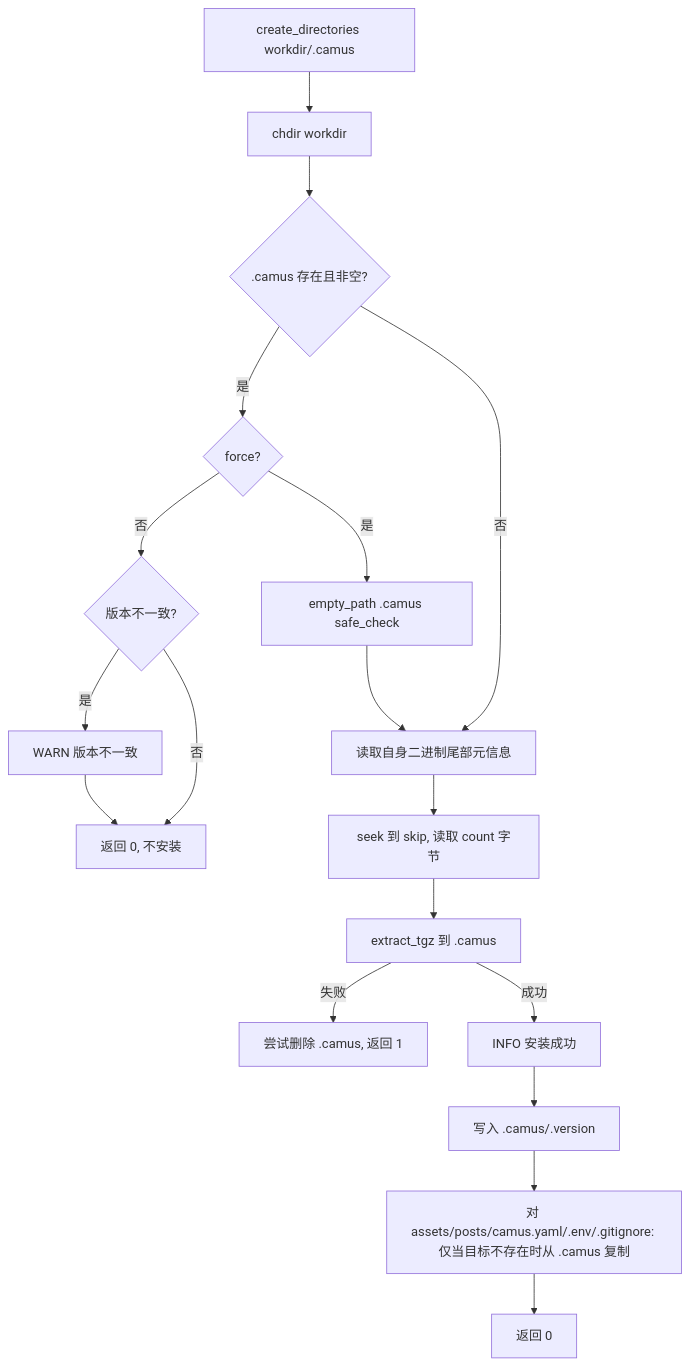
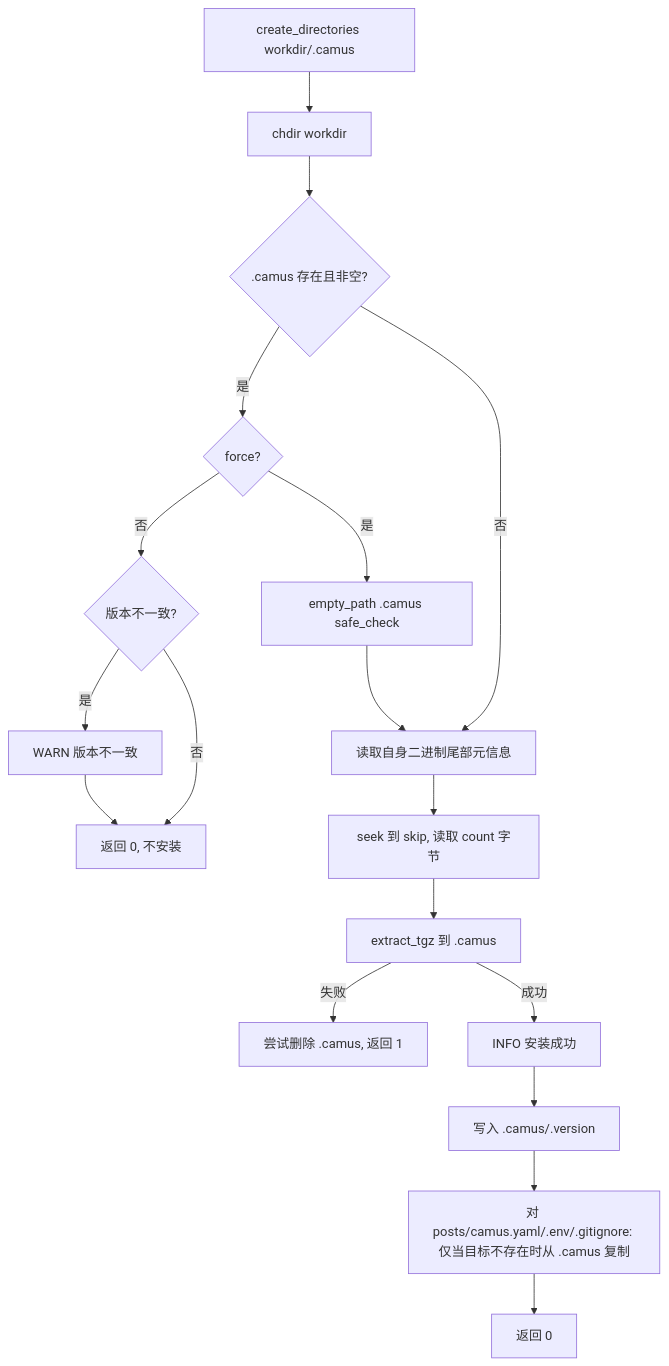
The diagram in docs/prd/08-template-install.md (o8x/camus), drawn with Mermaid before and after one commit. The commit also changed other lines of this file and 10 other files, not shown here.

````diff
--- a/docs/prd/08-template-install.md
+++ b/docs/prd/08-template-install.md
@@ -22,20 +22,20 @@
 ```mermaid
 flowchart TD
     A[create_directories workdir/.camus] --> B[chdir workdir]
     B --> C{.camus 存在且非空?}
     C -->|否| G[读取自身二进制尾部元信息]
     C -->|是| D{force?}
     D -->|否| E{版本不一致?}
     E -->|是| W[WARN 版本不一致]
     E -->|否| R0[返回 0, 不安装]
     W --> R0
     D -->|是| F[empty_path .camus safe_check]
     F --> G
     G --> H[seek 到 skip, 读取 count 字节]
     H --> I[extract_tgz 到 .camus]
     I -->|失败| X[尝试删除 .camus, 返回 1]
     I -->|成功| J[INFO 安装成功]
     J --> K[写入 .camus/.version]
-    K --> L[对 assets/posts/camus.yaml/.env/.gitignore: 仅当目标不存在时从 .camus 复制]
+    K --> L[对 posts/camus.yaml/.env/.gitignore: 仅当目标不存在时从 .camus 复制]
     L --> M[返回 0]
 ```
````
